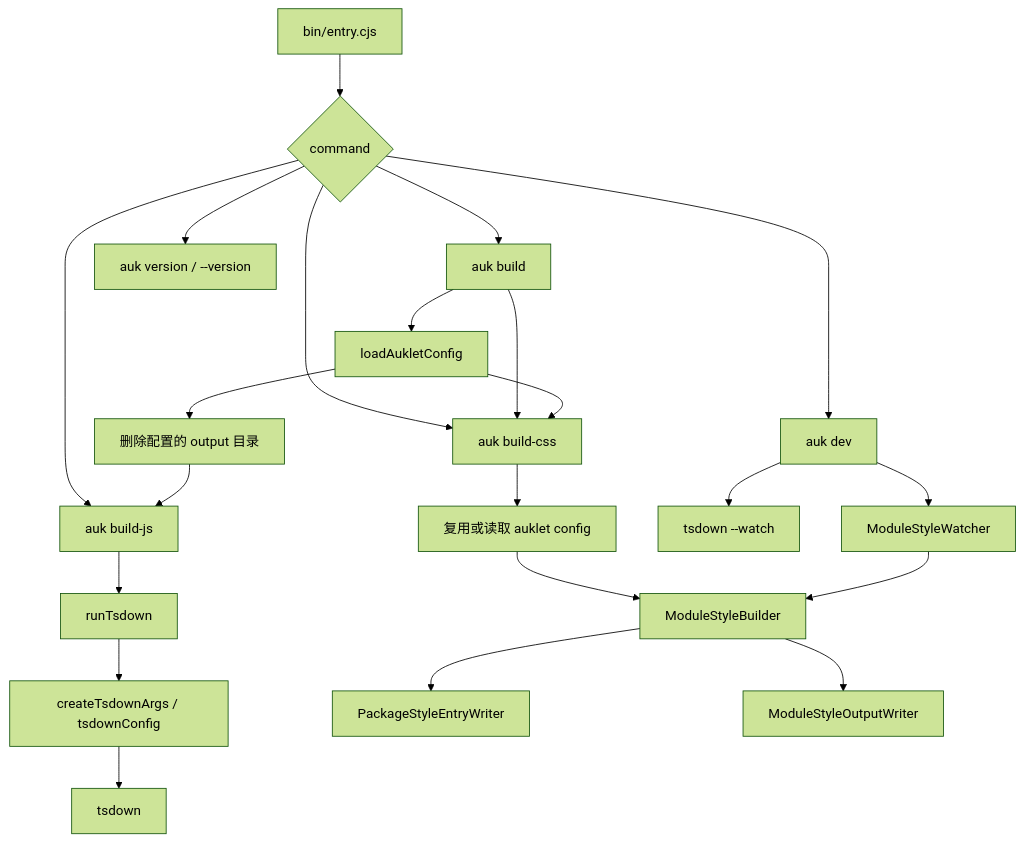
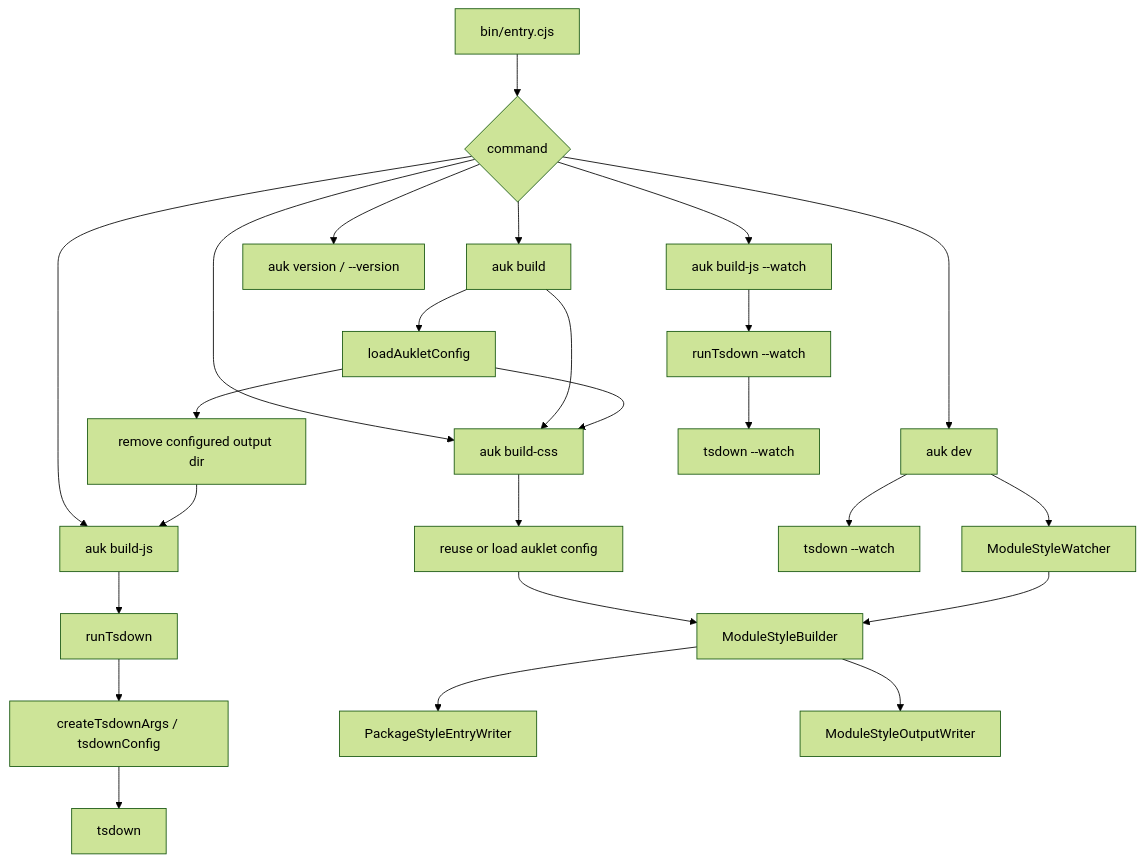
One commit to imtaotao/auklet changed the first of 4 diagrams in CONTRIBUTING.md. Above: the diagram before and after it, drawn with Mermaid (forest theme). The commit also changed other lines of this file and 9 other files, not shown here.

````diff
--- a/CONTRIBUTING.md
+++ b/CONTRIBUTING.md
@@ -195,27 +270,30 @@
 ```mermaid
 flowchart TD
   CLI["bin/entry.cjs"] --> Command{"command"}
   Command --> Build["auk build"]
   Command --> BuildJs["auk build-js"]
+  Command --> BuildJsWatch["auk build-js --watch"]
   Command --> BuildStyle["auk build-css"]
   Command --> Dev["auk dev"]
   Command --> Version["auk version / --version"]
 
   Build --> LoadBuildConfig["loadAukletConfig"]
-  LoadBuildConfig --> CleanOutput["删除配置的 output 目录"]
+  LoadBuildConfig --> CleanOutput["remove configured output dir"]
   CleanOutput --> BuildJs
   BuildJs --> RunTsdown["runTsdown"]
   RunTsdown --> TsdownConfig["createTsdownArgs / tsdownConfig"]
   TsdownConfig --> Tsdown["tsdown"]
+  BuildJsWatch --> RunTsdownWatch["runTsdown --watch"]
+  RunTsdownWatch --> TsdownWatch["tsdown --watch"]
 
   Build --> BuildStyle
   LoadBuildConfig --> BuildStyle
-  BuildStyle --> ResolveStyleConfig["复用或读取 auklet config"]
+  BuildStyle --> ResolveStyleConfig["reuse or load auklet config"]
   ResolveStyleConfig --> StyleBuilder["ModuleStyleBuilder"]
   StyleBuilder --> PackageWriter["PackageStyleEntryWriter"]
   StyleBuilder --> FormatWriter["ModuleStyleOutputWriter"]
 
   Dev --> JsWatch["tsdown --watch"]
   Dev --> StyleWatch["ModuleStyleWatcher"]
   StyleWatch --> StyleBuilder
 ```
````
